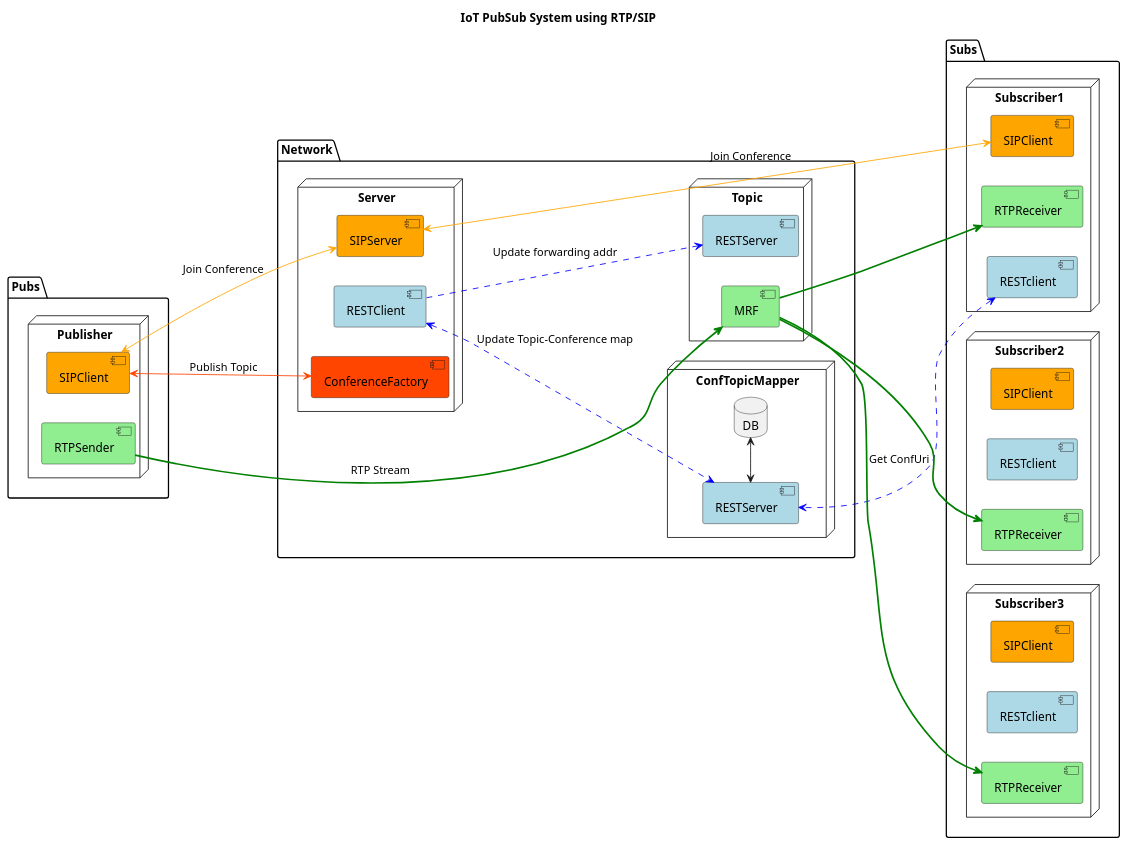
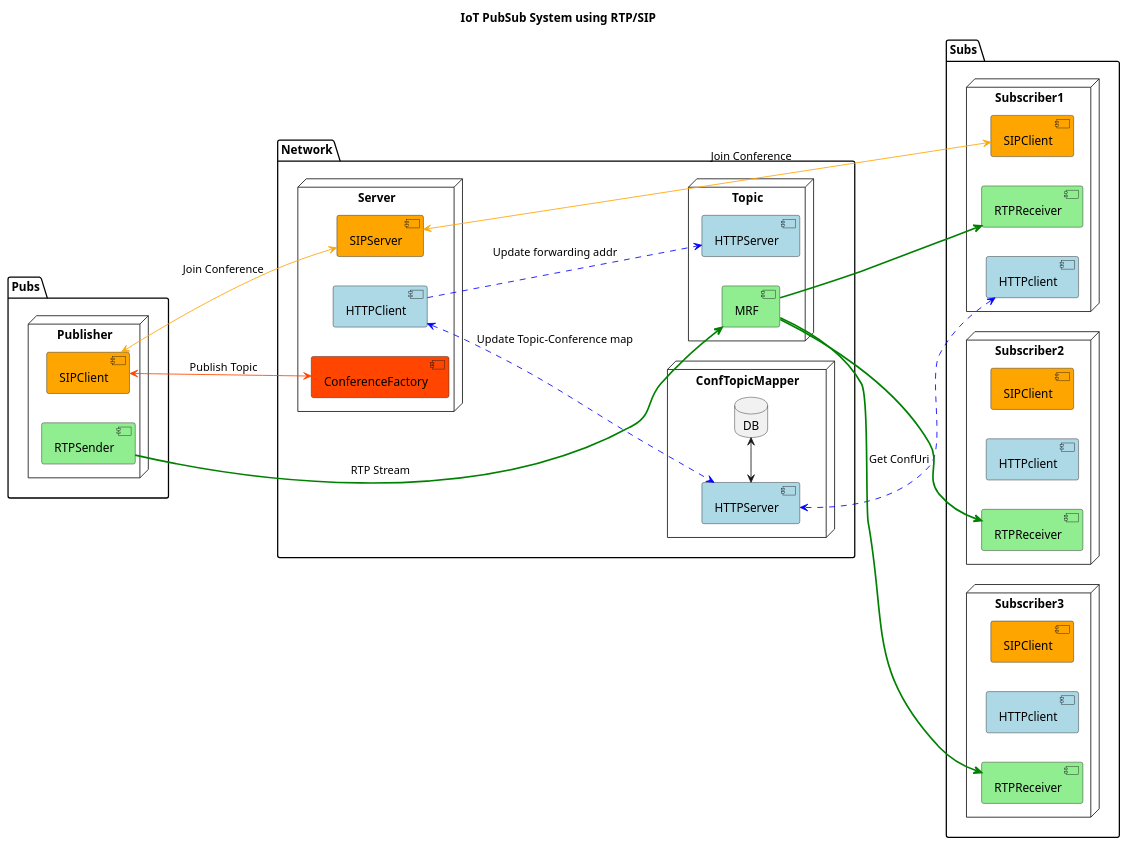
The diagram in pubsub/architecture/architecture.puml (chumvan/rtppubsub), drawn with PlantUML before and after one commit. The commit also changed 9 other files, not shown here.

Commit message:
edit sequences

```diff
--- a/pubsub/architecture/architecture.puml
+++ b/pubsub/architecture/architecture.puml
@@ -1,74 +1,74 @@
 @startuml
 left to right direction
 
 
 title IoT PubSub System using RTP/SIP
 
 package Pubs{
 node Publisher as Pub {
     [SIPClient] as PubSIPC #Orange 
     [RTPSender] #LightGreen 
 }
 }
 package Network {
 node Server as Server {
     [SIPServer] #Orange 
-    [RESTClient] as ServerRESTC #LightBlue 
+    [HTTPClient] as ServerHTTPC #LightBlue 
     [ConferenceFactory] #OrangeRed 
 }
 
 node Topic {
-    [RESTServer] as TopicRESTS #LightBlue 
+    [HTTPServer] as TopicHTTPS #LightBlue 
     [MRF] #LightGreen 
 }
 
 node ConfTopicMapper {
-    [RESTServer] as MapREST #LightBlue
+    [HTTPServer] as MapHTTP #LightBlue
     database DB
 }
 }
 
 
 package Subs {
 node Subscriber1 as Sub1 {
     [SIPClient] as SubSIPC1 #Orange 
-    [RESTclient] as SubRESTC1 #LightBlue 
+    [HTTPclient] as SubHTTPC1 #LightBlue 
     [RTPReceiver] as RTPReceiver1#LightGreen 
 }
 
 node Subscriber2 as Sub2 {
     [SIPClient] as SubSIPC2 #Orange 
-    [RESTclient] as SubRESTC2 #LightBlue 
+    [HTTPclient] as SubHTTPC2 #LightBlue 
     [RTPReceiver] as RTPReceiver2 #LightGreen 
 }
 node Subscriber3 as Sub3 {
     [SIPClient] as SubSIPC3 #Orange 
-    [RESTclient] as SubRESTC3 #LightBlue 
+    [HTTPclient] as SubHTTPC3 #LightBlue 
     [RTPReceiver] as RTPReceiver3#LightGreen 
 }
 }
 
 
 
 [PubSIPC] <-[#OrangeRed]-> [ConferenceFactory]: Publish Topic
 
-[ServerRESTC] <-[#Blue,dashed]-> MapREST: Update Topic-Conference map
+[ServerHTTPC] <-[#Blue,dashed]-> MapHTTP: Update Topic-Conference map
 
-[ServerRESTC] -[#Blue,dashed]-> TopicRESTS: Update forwarding addr
+[ServerHTTPC] -[#Blue,dashed]-> TopicHTTPS: Update forwarding addr
 
-[SubRESTC1] <-[#Blue,dashed]-> MapREST: Get ConfUri
-[MapREST] <-> DB: ""
-' [SubRESTC2] <-[#Blue,dashed]-> ConfTopicMapper: Get ConfUri
-' [SubRESTC3] <-[#Blue,dashed]-> ConfTopicMapper: Get ConfUri
+[SubHTTPC1] <-[#Blue,dashed]-> MapHTTP: Get ConfUri
+[MapHTTP] <-> DB: ""
+' [SubHTTPC2] <-[#Blue,dashed]-> ConfTopicMapper: Get ConfUri
+' [SubHTTPC3] <-[#Blue,dashed]-> ConfTopicMapper: Get ConfUri
 
 [PubSIPC] <-[#Orange]-> [SIPServer]: Join Conference
 [SubSIPC1] <-[#Orange]-> [SIPServer]: Join Conference
 ' [SubSIPC2] <-[#Orange]-> [SIPServer]: ""
 ' [SubSIPC3] <-[#Orange]-> [SIPServer]: ""
 
 [RTPSender] -[#Green,bold]-> [MRF]: RTP Stream
 [MRF] -[#Green,bold]-> [RTPReceiver1]: ""
 [MRF] -[#Green,bold]-> [RTPReceiver2]: ""
 [MRF] -[#Green,bold]-> [RTPReceiver3]: ""
 
 @enduml
```
